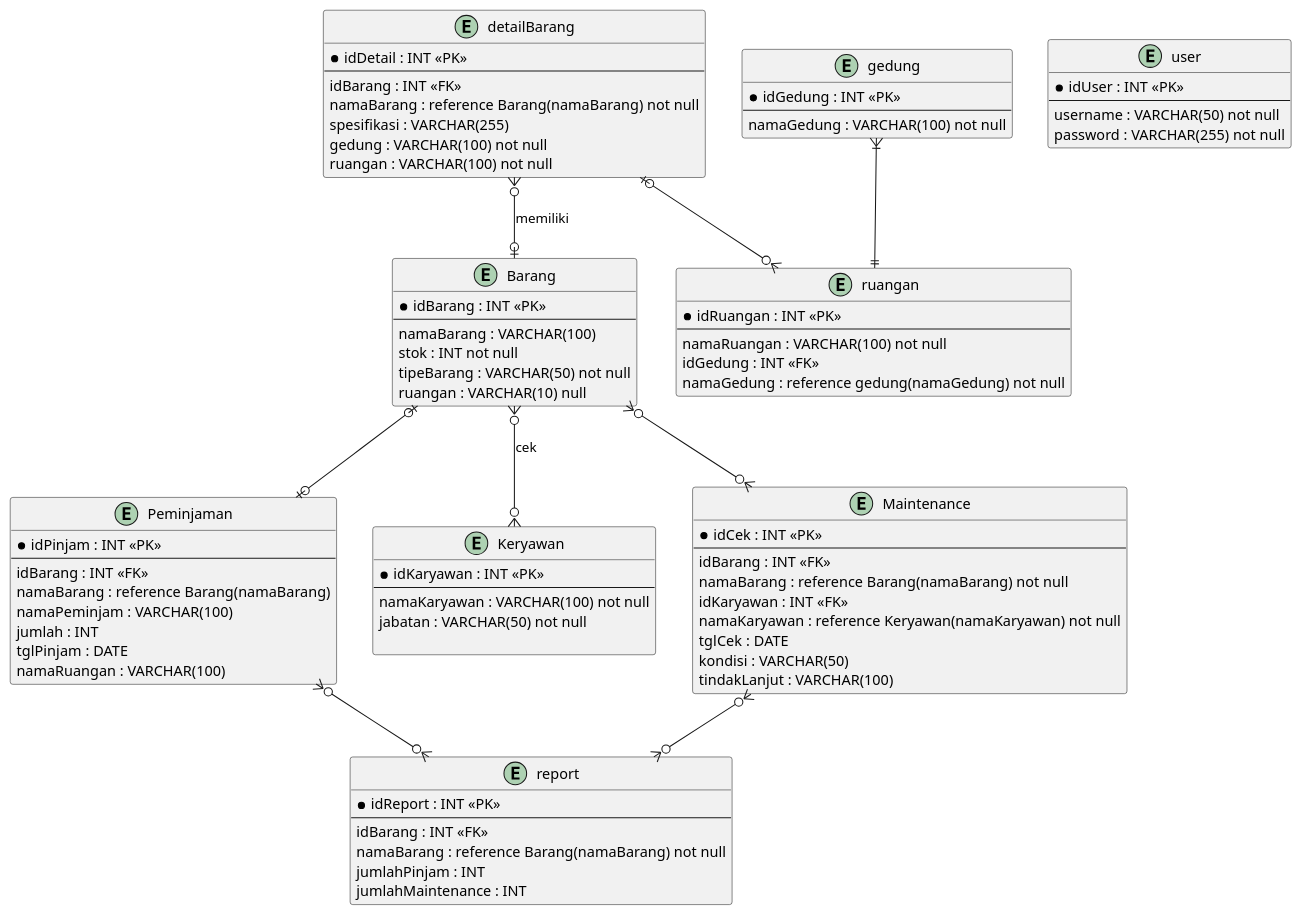
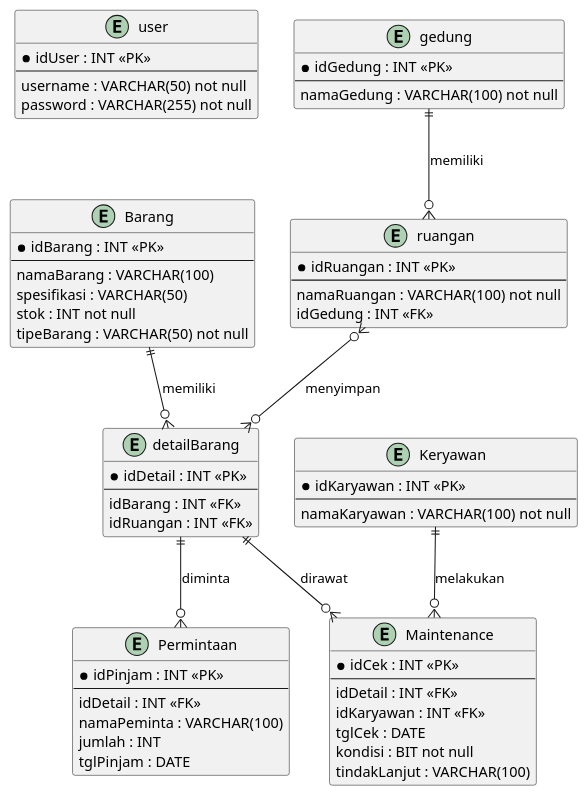
The diagram in RAT.puml (Fannandya/diagramPABD), drawn with PlantUML before and after one commit.

Commit message:
mengganti RAT

```diff
--- a/RAT.puml
+++ b/RAT.puml
@@ -1,91 +1,78 @@
-@startuml ERD
+@startuml RAT
+entity "user" {
+  *idUser : INT <<PK>>
+  --
+  username : VARCHAR(50) not null
+  password : VARCHAR(255) not null
+}
 entity "Barang" {
   *idBarang : INT <<PK>>
   --
   namaBarang : VARCHAR(100)
+  spesifikasi : VARCHAR(50)
   stok : INT not null
   tipeBarang : VARCHAR(50) not null
-  ruangan : VARCHAR(10) null
 }
 
-entity "Peminjaman" {
+entity "detailBarang" {
+  *idDetail : INT <<PK>>
+  --
+  idBarang : INT <<FK>>
+  idRuangan : INT <<FK>>
+}
+
+entity "Permintaan" {
   *idPinjam : INT <<PK>>
   --
-  idBarang : INT <<FK>>
-  namaBarang : reference Barang(namaBarang)
-  namaPeminjam : VARCHAR(100)
+  idDetail : INT <<FK>>
+  namaPeminta : VARCHAR(100)
   jumlah : INT
   tglPinjam : DATE
-  namaRuangan : VARCHAR(100)
 }
 
 entity "Keryawan" {
   *idKaryawan : INT <<PK>>
   --
   namaKaryawan : VARCHAR(100) not null
-  jabatan : VARCHAR(50) not null
-
 }
 
 entity "Maintenance" {
   *idCek : INT <<PK>>
   --
-  idBarang : INT <<FK>>
-  namaBarang : reference Barang(namaBarang) not null
+  idDetail : INT <<FK>>
   idKaryawan : INT <<FK>>
-  namaKaryawan : reference Keryawan(namaKaryawan) not null
   tglCek : DATE
-  kondisi : VARCHAR(50)
+  kondisi : BIT not null
   tindakLanjut : VARCHAR(100)
 }
 
 entity "gedung" {
   *idGedung : INT <<PK>>
   --
   namaGedung : VARCHAR(100) not null
 }
 
 entity "ruangan" {
   *idRuangan : INT <<PK>>
   --
   namaRuangan : VARCHAR(100) not null
   idGedung : INT <<FK>>
-  namaGedung : reference gedung(namaGedung) not null
 }
 
-entity "user" {
-  *idUser : INT <<PK>>
-  --
-  username : VARCHAR(50) not null
-  password : VARCHAR(255) not null
-}
+' Setiap detail barang wajib punya 1 Barang
+Barang ||--o{ detailBarang : "memiliki"
 
-entity "report" {
-  *idReport : INT <<PK>>
-  --
-  idBarang : INT <<FK>>
-  namaBarang : reference Barang(namaBarang) not null
-  jumlahPinjam : INT
-  jumlahMaintenance : INT
-}
+' Setiap ruangan wajib ada di 1 gedung (Mandatory One)
+gedung ||--o{ ruangan : "memiliki"
 
-entity "detailBarang" {
-  *idDetail : INT <<PK>>
-  --
-  idBarang : INT <<FK>>
-  namaBarang : reference Barang(namaBarang) not null
-  spesifikasi : VARCHAR(255)
-  gedung : VARCHAR(100) not null
-  ruangan : VARCHAR(100) not null
-}
+' satu detail barang bisa di banyak ruangan dan satu ruangan bisa menyimpan banyak/nol detail barang 
+ruangan }o--o{ detailBarang : "menyimpan"
 
+' 1 unit bisa berkali-kali dipinjam/dirawat)
+detailBarang ||--o{ Permintaan : "diminta"
+detailBarang ||--o{ Maintenance : "dirawat"
 
-Barang }o--o{ Keryawan : "cek"
-Barang |o--o| Peminjaman
-Barang }o--o{ Maintenance
-detailBarang |o--o{ ruangan
-gedung }|--|| ruangan
-Peminjaman }o--o{ report
-Maintenance }o--o{ report
-detailBarang }o--o| Barang : "memiliki"
+' minimal 1 karyawan untuk bisa melakukan maintenance
+Keryawan ||--o{ Maintenance : "melakukan"
+
 @enduml
```
